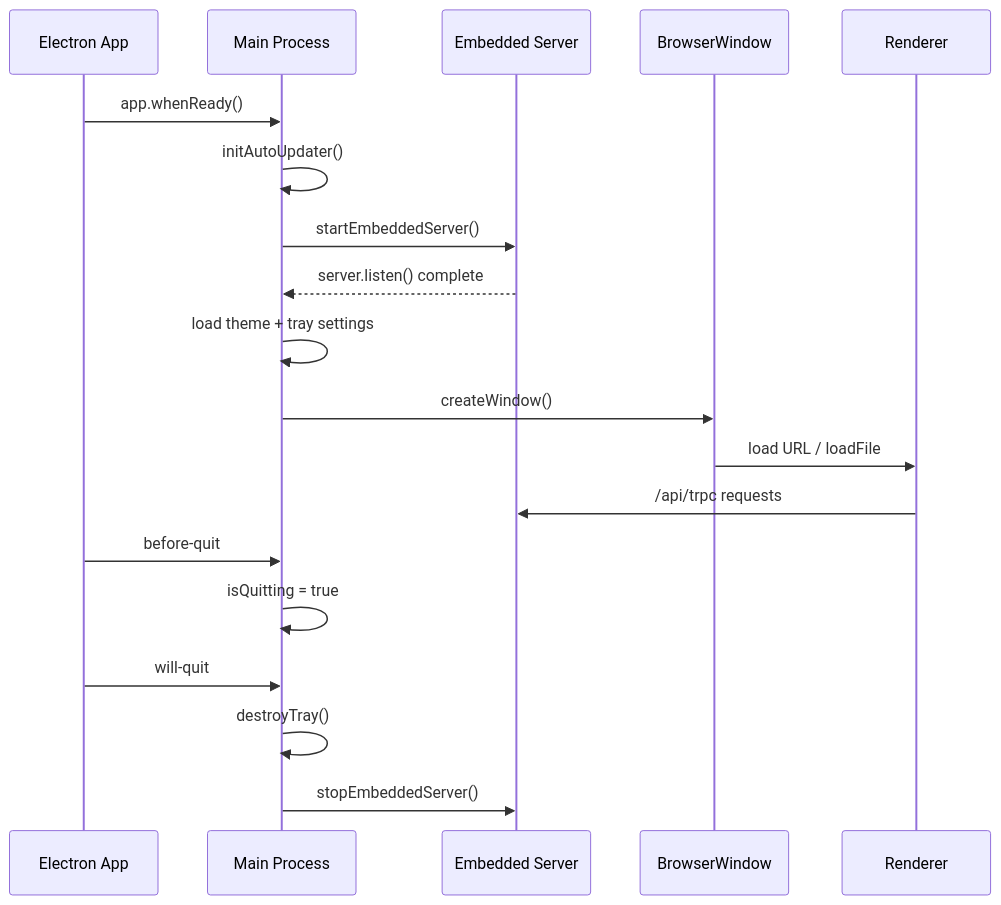
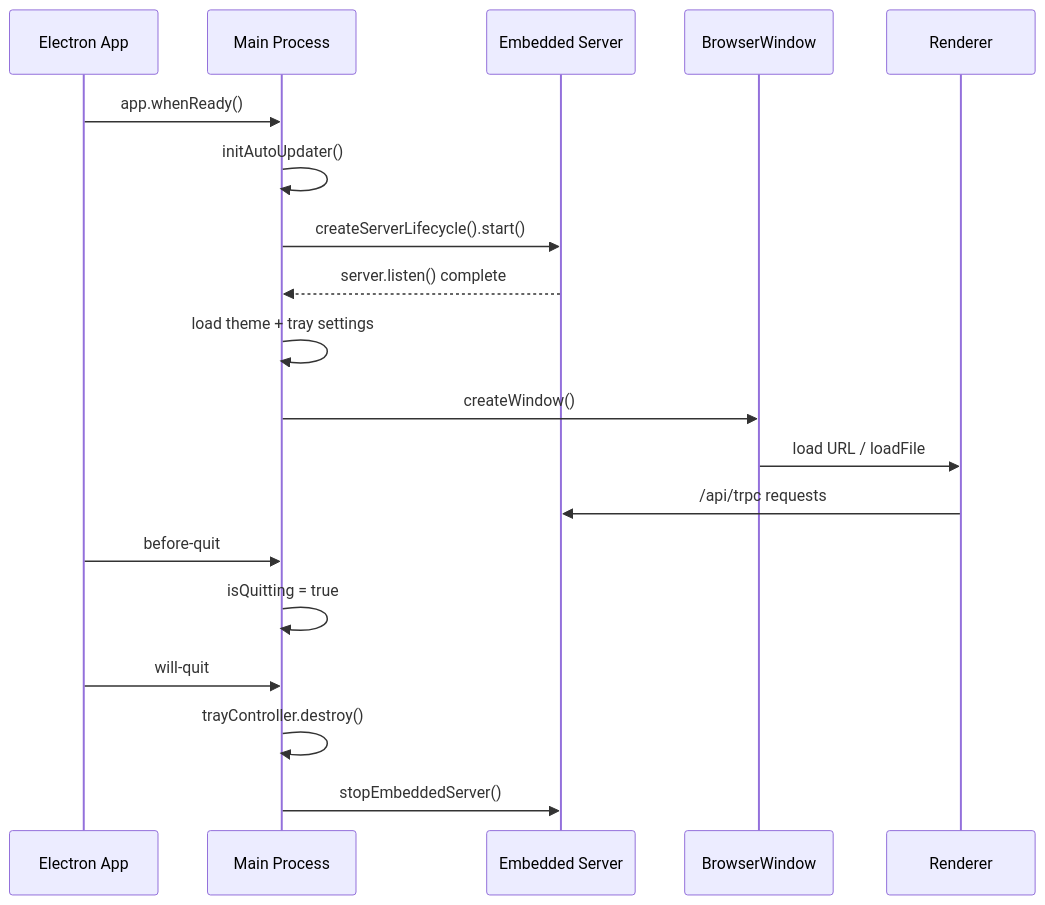
The second of 4 diagrams in docs/DESKTOP_RUNTIME_GUIDE.md (johnny4young/puntovivo), drawn with Mermaid before and after one commit. The commit also changed other lines of this file and 391 other files, not shown here.

````diff
--- a/docs/DESKTOP_RUNTIME_GUIDE.md
+++ b/docs/DESKTOP_RUNTIME_GUIDE.md
@@ -110,22 +110,22 @@
 ```mermaid
 sequenceDiagram
     participant E as Electron App
     participant M as Main Process
     participant S as Embedded Server
     participant W as BrowserWindow
     participant R as Renderer
 
     E->>M: app.whenReady()
     M->>M: initAutoUpdater()
-    M->>S: startEmbeddedServer()
+    M->>S: createServerLifecycle().start()
     S-->>M: server.listen() complete
     M->>M: load theme + tray settings
     M->>W: createWindow()
     W->>R: load URL / loadFile
     R->>S: /api/trpc requests
     E->>M: before-quit
     M->>M: isQuitting = true
     E->>M: will-quit
-    M->>M: destroyTray()
+    M->>M: trayController.destroy()
     M->>S: stopEmbeddedServer()
 ```
````
